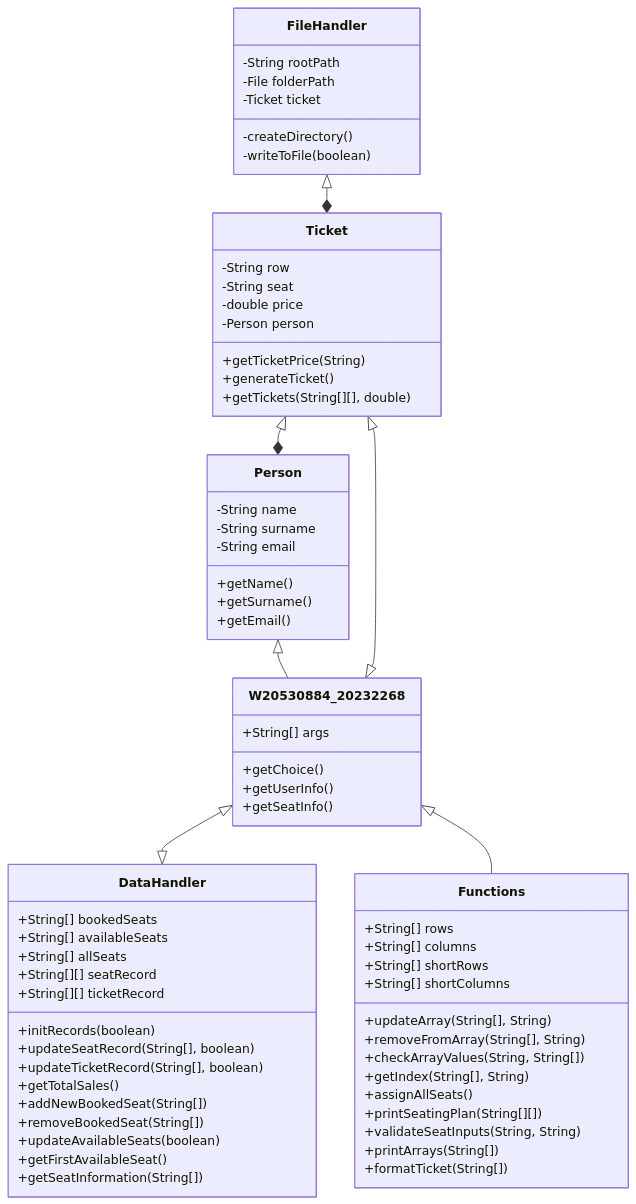
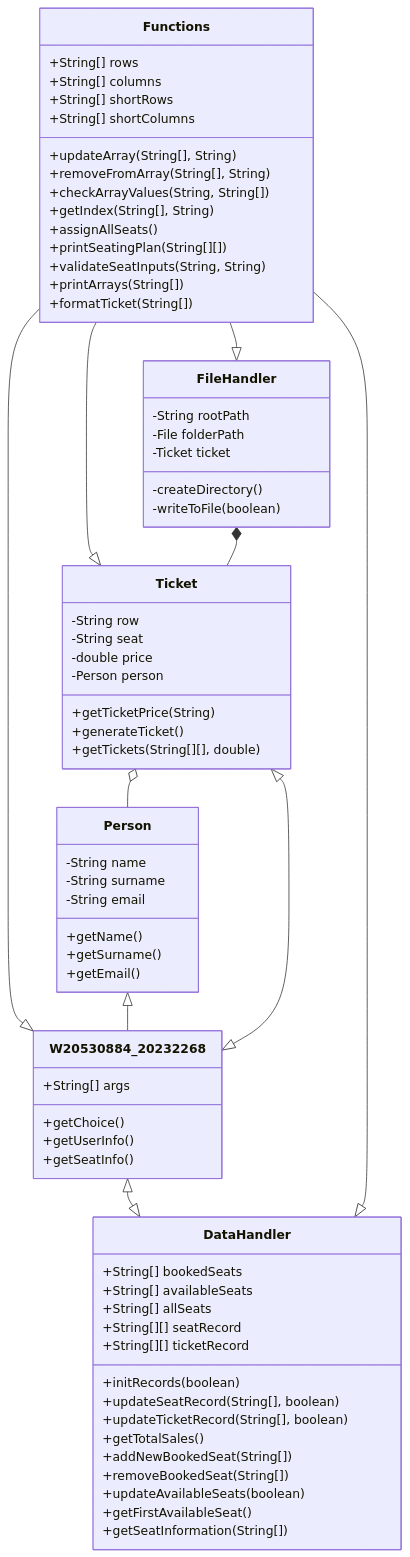
Before and after one commit to anuja-rahul/booking-app-javaCW: the diagram in README.md, drawn with Mermaid.

Commit message:
changes to class diagram

````diff
--- a/README.md
+++ b/README.md
@@ -37,76 +37,81 @@
 ```mermaid
 
 classDiagram
   W20530884_20232268 <|--|> DataHandler
-  W20530884_20232268 <|-- Functions
+
+  Functions --|> W20530884_20232268
+  Functions --|> DataHandler
+  Functions --|> Ticket
+  Functions --|> FileHandler
 
   Person <|-- W20530884_20232268
   Ticket <|--|> W20530884_20232268
-  Ticket <|--* Person
-  FileHandler <|--* Ticket
+  Ticket o-- Person
+  FileHandler *-- Ticket
 
   W20530884_20232268 : +String[] args
   W20530884_20232268: +getChoice()
   W20530884_20232268: +getUserInfo()
   W20530884_20232268: +getSeatInfo()
   class DataHandler{
     +String[] bookedSeats
     +String[] availableSeats
     +String[] allSeats
     +String[][] seatRecord
     +String[][] ticketRecord
     +initRecords(boolean)
     +updateSeatRecord(String[], boolean)
     +updateTicketRecord(String[], boolean)
     +getTotalSales()
     +addNewBookedSeat(String[])
     +removeBookedSeat(String[])
     +updateAvailableSeats(boolean)
     +getFirstAvailableSeat()
     +getSeatInformation(String[])
   }
 
   class FileHandler{
     -String rootPath
     -File folderPath
     -Ticket ticket
     -createDirectory()
     -writeToFile(boolean)
   }
 
   class Ticket{
     -String row
     -String seat
     -double price
     -Person person
     +getTicketPrice(String)
     +generateTicket()
     +getTickets(String[][], double)
   }
 
   class Person{
     -String name
     -String surname
     -String email
     +getName()
     +getSurname()
     +getEmail()
   }
 
   class Functions{
     +String[] rows
     +String[] columns
     +String[] shortRows
     +String[] shortColumns
     +updateArray(String[], String)
     +removeFromArray(String[], String)
     +checkArrayValues(String, String[])
     +getIndex(String[], String)
     +assignAllSeats()
     +printSeatingPlan(String[][])
     +validateSeatInputs(String, String)
     +printArrays(String[])
     +formatTicket(String[])
   }
+  
 
 ```
````
